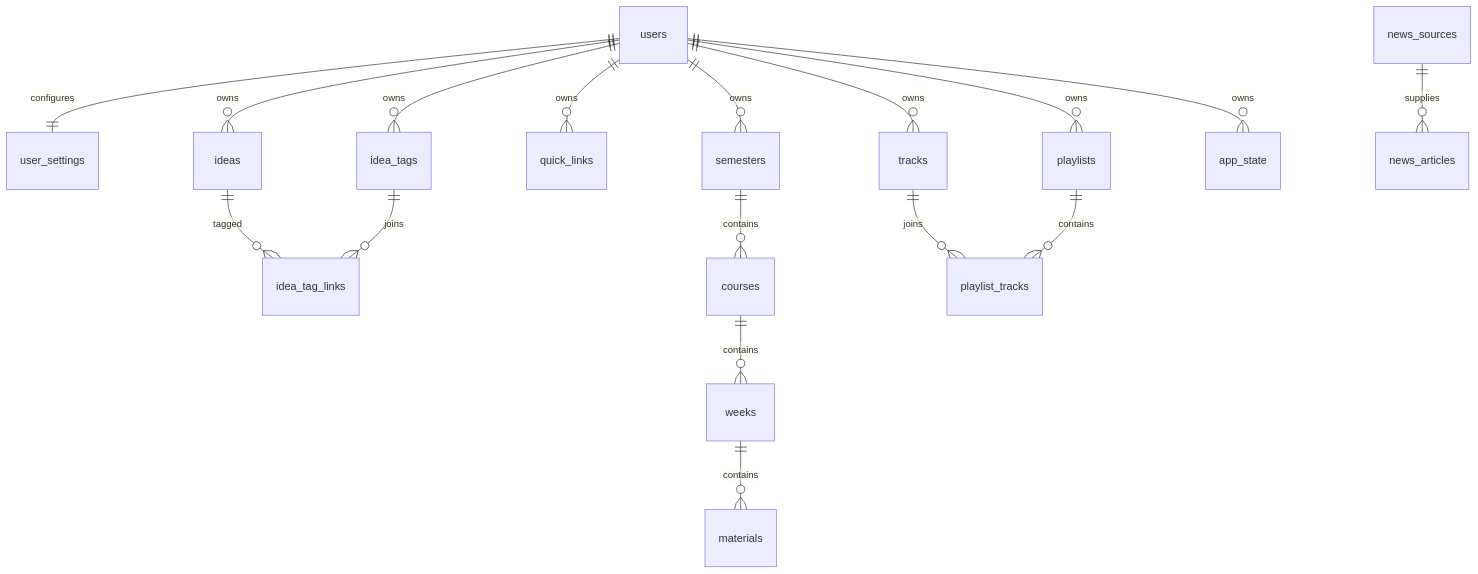
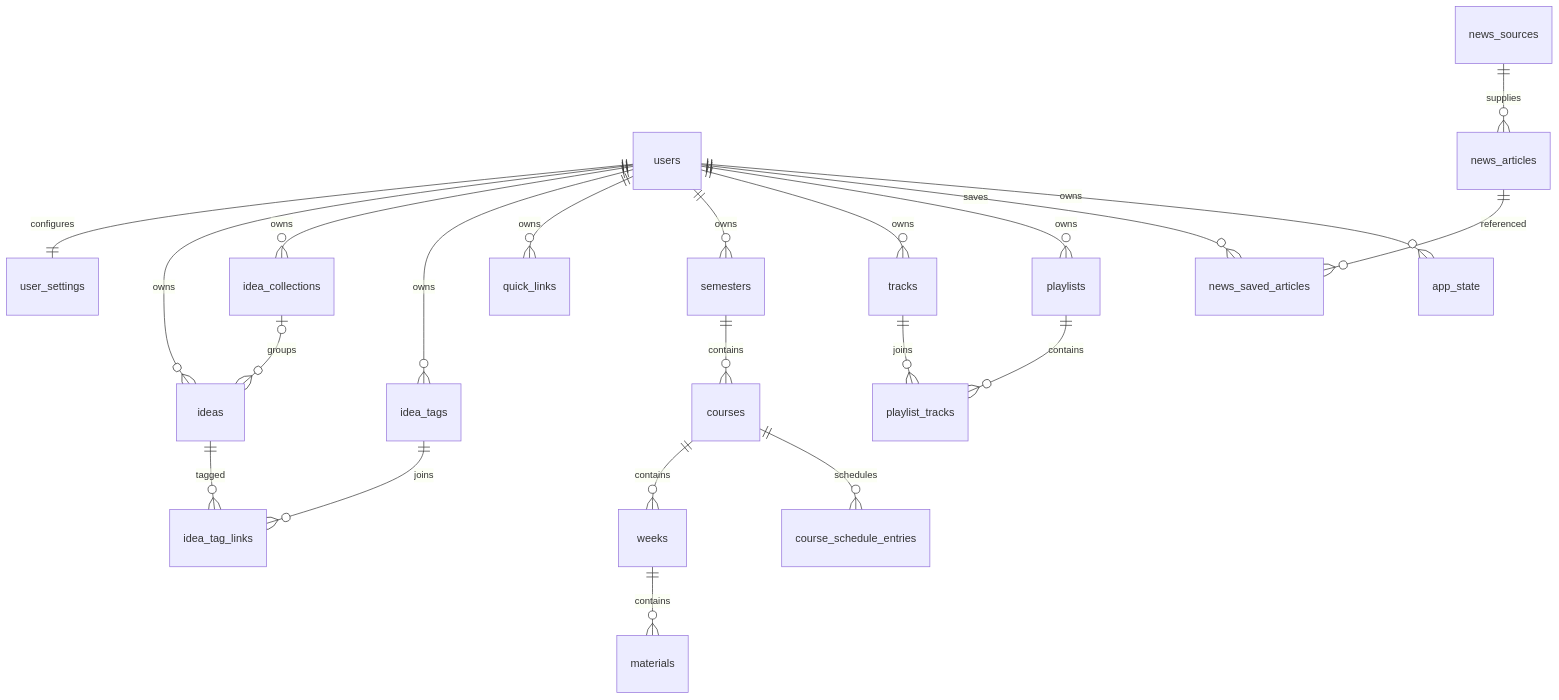
One commit to alifaguslerian/kokpit changed the diagram in docs/engineering/DATA_MODEL.md. Above: the diagram before and after it, drawn with Mermaid. The commit also changed other lines of this file, not shown here.

Commit message:
Specify additive schema for approved UI features

````diff
--- a/docs/engineering/DATA_MODEL.md
+++ b/docs/engineering/DATA_MODEL.md
@@ -24,19 +29,24 @@
 ```mermaid
 erDiagram
     users ||--|| user_settings : configures
     users ||--o{ ideas : owns
+    users ||--o{ idea_collections : owns
+    idea_collections o|--o{ ideas : groups
     users ||--o{ idea_tags : owns
     ideas ||--o{ idea_tag_links : tagged
     idea_tags ||--o{ idea_tag_links : joins
     users ||--o{ quick_links : owns
     users ||--o{ semesters : owns
     semesters ||--o{ courses : contains
     courses ||--o{ weeks : contains
+    courses ||--o{ course_schedule_entries : schedules
     weeks ||--o{ materials : contains
     users ||--o{ tracks : owns
     users ||--o{ playlists : owns
     playlists ||--o{ playlist_tracks : contains
     tracks ||--o{ playlist_tracks : joins
     news_sources ||--o{ news_articles : supplies
+    users ||--o{ news_saved_articles : saves
+    news_articles ||--o{ news_saved_articles : referenced
     users ||--o{ app_state : owns
 ```
````
